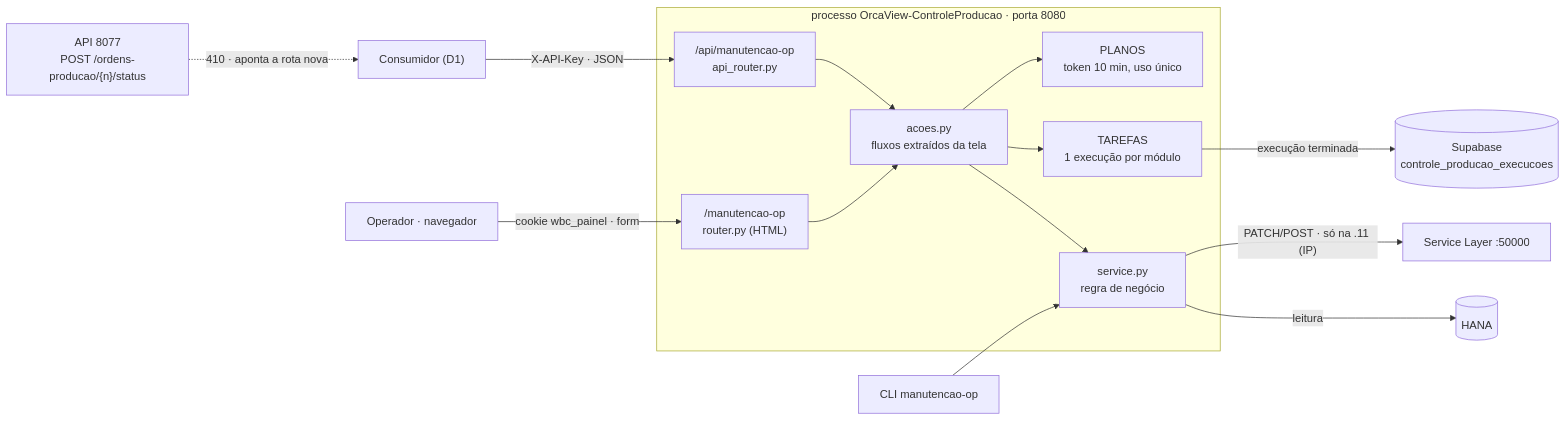
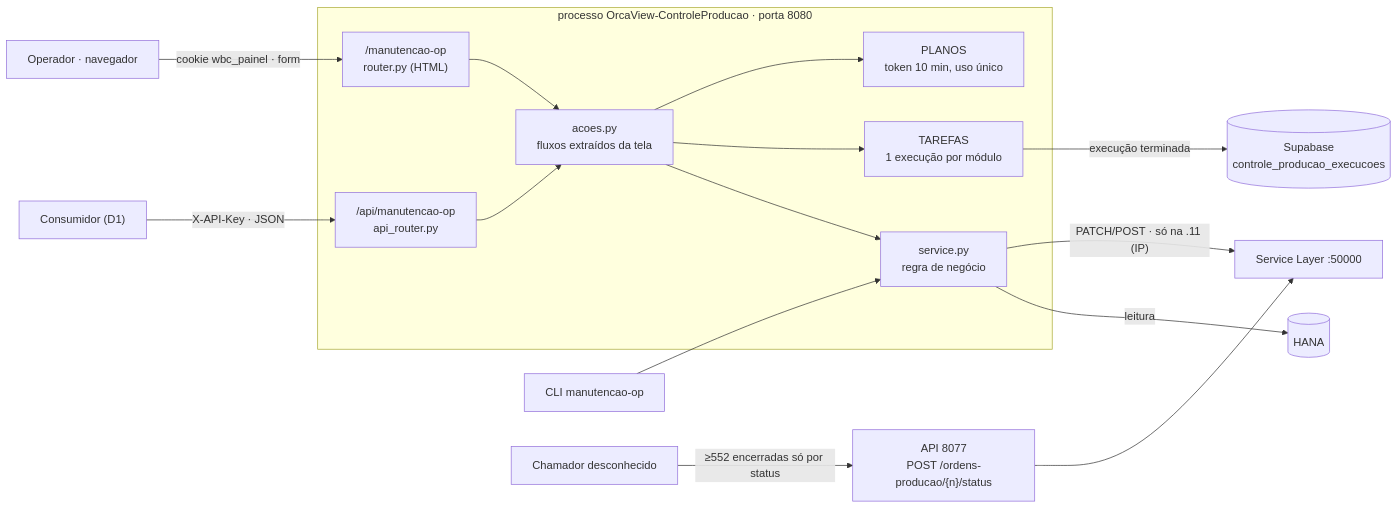
Before and after one commit to MarceloProjetos/oportunidade_wbc: the diagram in docs/PLANO_API_MANUTENCAO_OP.md, drawn with Mermaid. The commit also changed other lines of this file, not shown here.

First line of the commit message:
docs(plano): API da Manutencao de OP - F0 feita, Replanejar por ultimo

````diff
--- a/docs/PLANO_API_MANUTENCAO_OP.md
+++ b/docs/PLANO_API_MANUTENCAO_OP.md
@@ -43,17 +80,18 @@
 ```mermaid
 flowchart LR
     CONS["Consumidor (D1)"] -->|"X-API-Key · JSON"| API["/api/manutencao-op<br/>api_router.py"]
     OPER["Operador · navegador"] -->|"cookie wbc_painel · form"| TELA["/manutencao-op<br/>router.py (HTML)"]
     subgraph P8080["processo OrcaView-ControleProducao · porta 8080"]
         API --> AC["acoes.py<br/>fluxos extraídos da tela"]
         TELA --> AC
         AC --> SV["service.py<br/>regra de negócio"]
         AC --> TK["TAREFAS<br/>1 execução por módulo"]
         AC --> PL["PLANOS<br/>token 10 min, uso único"]
     end
     CLI["CLI manutencao-op"] --> SV
     SV -->|"leitura"| HANA[("HANA")]
     SV -->|"PATCH/POST · só na .11 (IP)"| SL["Service Layer :50000"]
     TK -->|"execução terminada"| HS[("Supabase<br/>controle_producao_execucoes")]
-    OLD["API 8077<br/>POST /ordens-producao/{n}/status"] -.->|"410 · aponta a rota nova"| CONS
+    DESC["Chamador desconhecido"] -->|"≥552 encerradas só por status"| OLD["API 8077<br/>POST /ordens-producao/{n}/status"]
+    OLD --> SL
 ```
````
